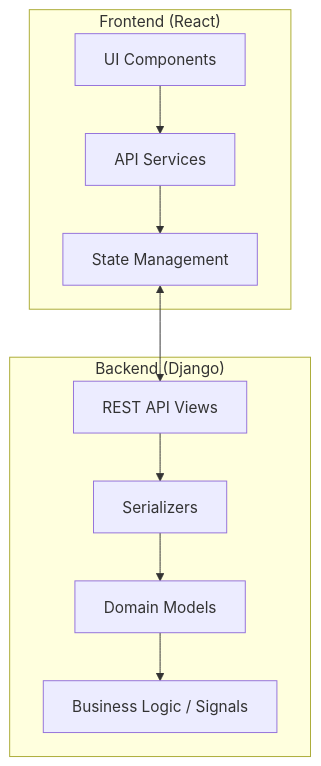
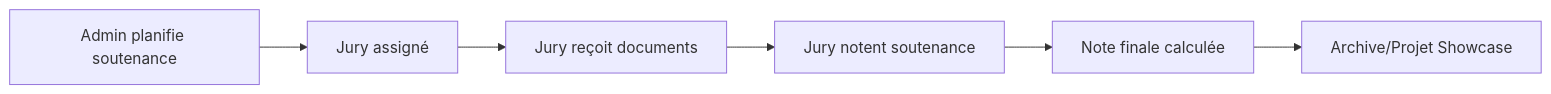
Diagram 12 of 13 in README.md (Lagmouchyoussef/PFE-Navigator), drawn with Mermaid before and after one commit. The commit also changed other lines of this file, not shown here.

````diff
--- a/README.md
+++ b/README.md
@@ -423,13 +489,8 @@
 ```mermaid
-graph TB
-    subgraph "Frontend (React)"
-        A[UI Components] --> B[API Services]
-        B --> C[State Management]
-    end
-    subgraph "Backend (Django)"
-        D[REST API Views] --> E[Serializers]
-        E --> F[Domain Models]
-        F --> G[Business Logic / Signals]
-    end
-    C <--> D
+flowchart LR
+    A[Admin planifie soutenance] --> B[Jury assigné]
+    B --> C[Jury reçoit documents]
+    C --> D[Jury notent soutenance]
+    D --> E[Note finale calculée]
+    E --> F[Archive/Projet Showcase]
 ```
````
